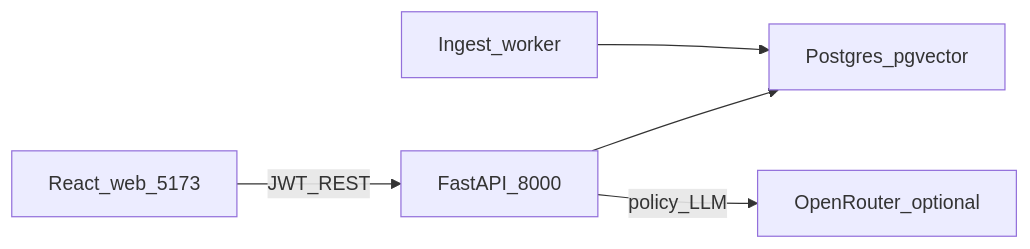
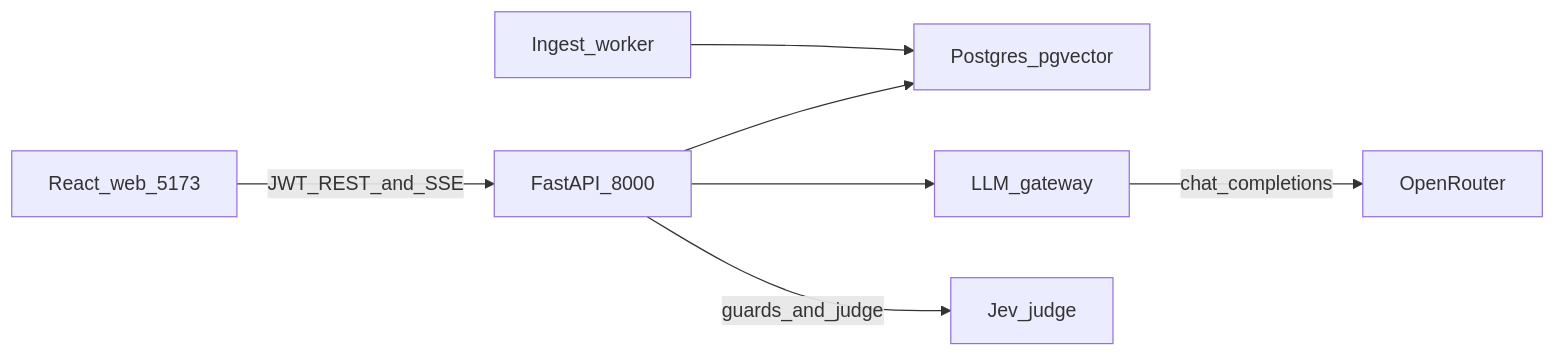
The diagram in README.md (LAXMINAGESWARI/education-platform), drawn with Mermaid before and after one commit. The commit also changed other lines of this file and 3 other files, not shown here.

````diff
--- a/README.md
+++ b/README.md
@@ -21,13 +100,17 @@
 ```mermaid
 flowchart LR
   Web[React_web_5173]
   Api[FastAPI_8000]
   Pg[Postgres_pgvector]
   Worker[Ingest_worker]
-  OR[OpenRouter_optional]
+  Gw[LLM_gateway]
+  OR[OpenRouter]
+  Jev[Jev_judge]
 
-  Web -->|JWT_REST| Api
+  Web -->|JWT_REST_and_SSE| Api
   Api --> Pg
   Worker --> Pg
-  Api -->|policy_LLM| OR
+  Api --> Gw
+  Gw -->|chat_completions| OR
+  Api -->|guards_and_judge| Jev
 ```
````
